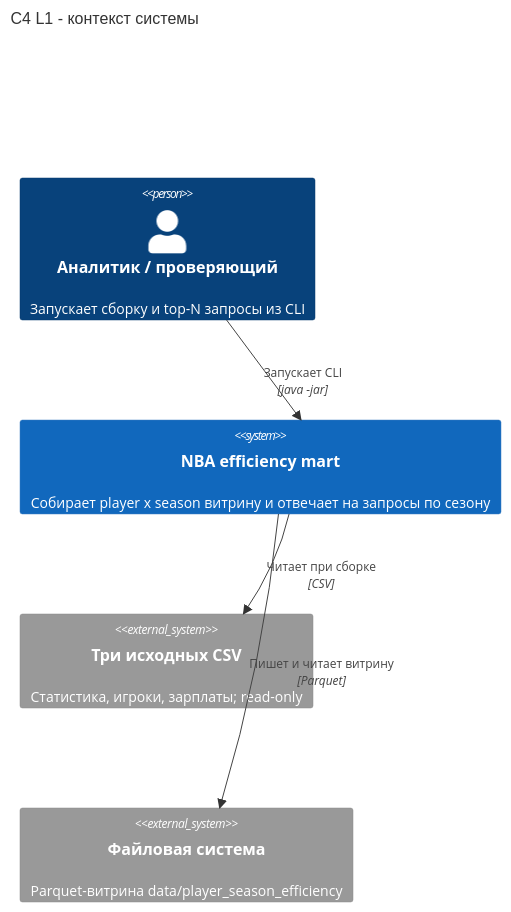
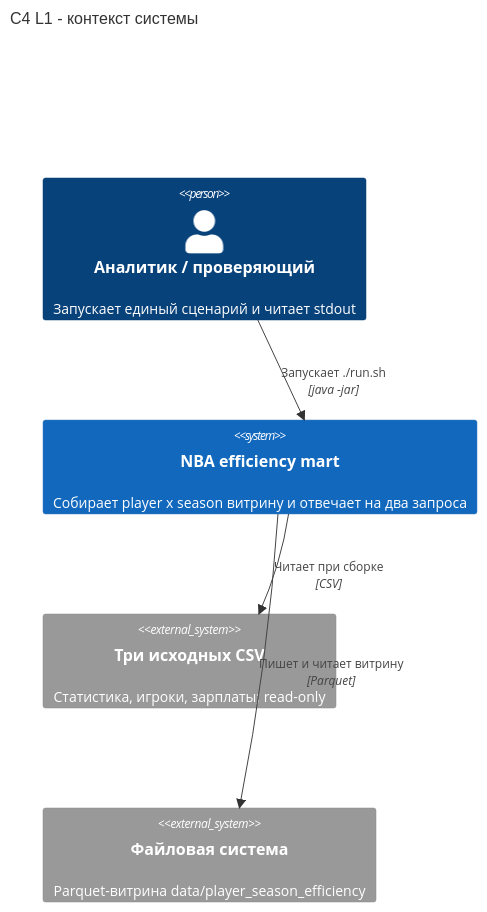
Before and after one commit to Alex-de-bug/lab4_ppp: the first of 4 diagrams in design.md, drawn with Mermaid. The commit also changed other lines of this file, not shown here.

````diff
--- a/design.md
+++ b/design.md
@@ -47,11 +47,11 @@
 ```mermaid
 C4Context
     title C4 L1 - контекст системы
-    Person(analyst, "Аналитик / проверяющий", "Запускает сборку и top-N запросы из CLI")
-    System(mart, "NBA efficiency mart", "Собирает player x season витрину и отвечает на запросы по сезону")
+    Person(analyst, "Аналитик / проверяющий", "Запускает единый сценарий и читает stdout")
+    System(mart, "NBA efficiency mart", "Собирает player x season витрину и отвечает на два запроса")
     System_Ext(src, "Три исходных CSV", "Статистика, игроки, зарплаты; read-only")
     System_Ext(fs, "Файловая система", "Parquet-витрина data/player_season_efficiency")
-    Rel(analyst, mart, "Запускает CLI", "java -jar")
+    Rel(analyst, mart, "Запускает ./run.sh", "java -jar")
     Rel(mart, src, "Читает при сборке", "CSV")
     Rel(mart, fs, "Пишет и читает витрину", "Parquet")
 ```
````
